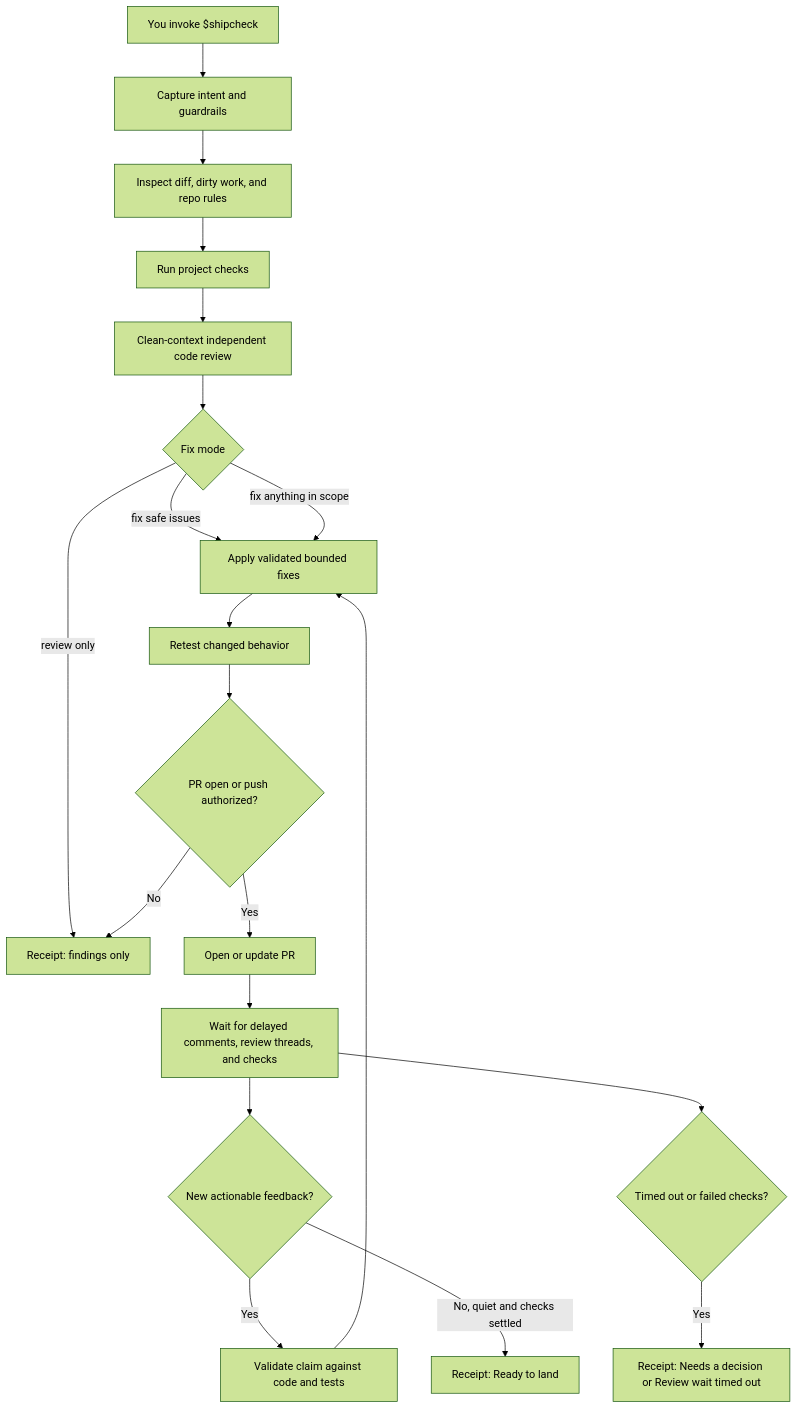
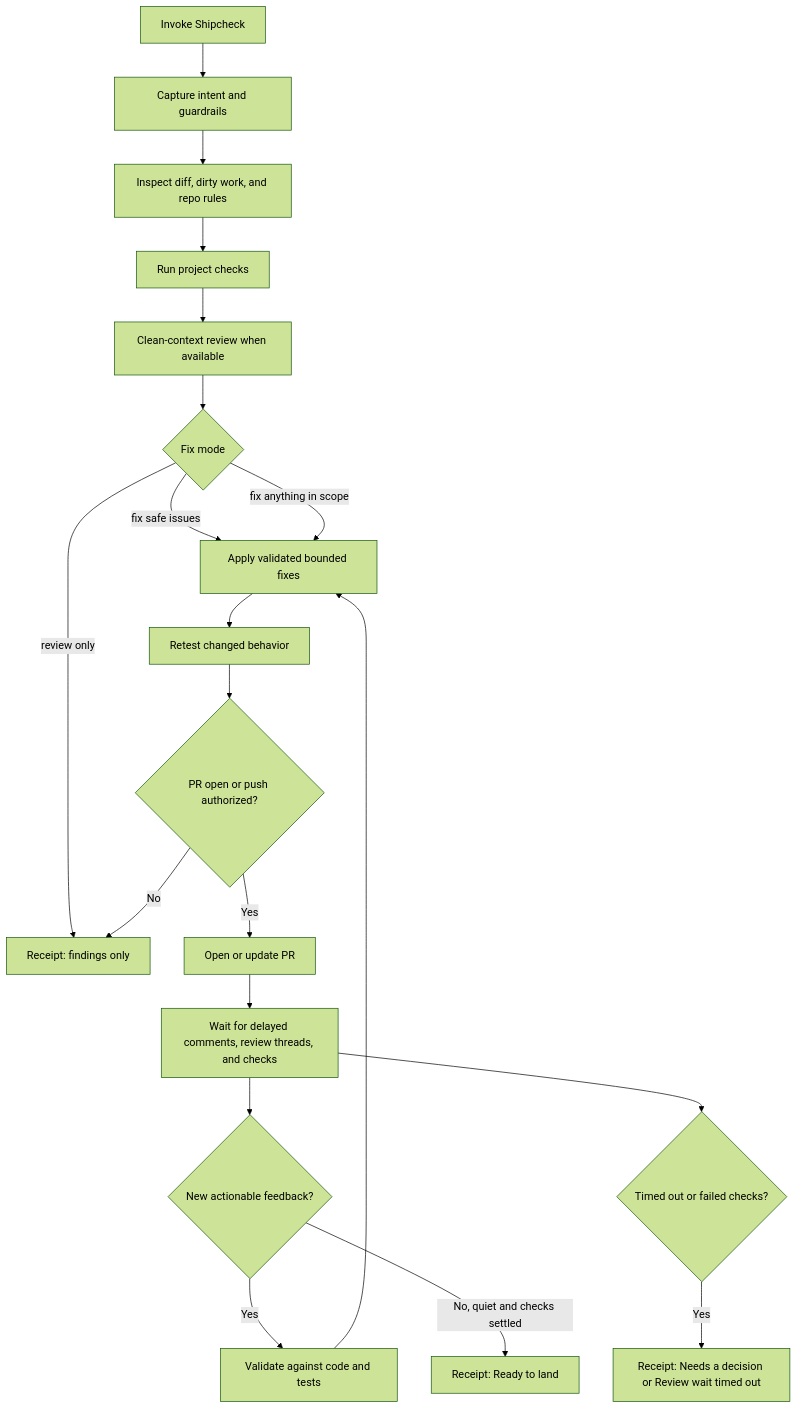
One commit to matthewrball/skills changed the first of 2 diagrams in README.md. Above: the diagram before and after it, drawn with Mermaid (forest theme). The commit also changed other lines of this file and 4 other files, not shown here.

````diff
--- a/README.md
+++ b/README.md
@@ -32,22 +63,22 @@
 ```mermaid
 flowchart TD
-    A["You invoke $shipcheck"] --> B["Capture intent and guardrails"]
+    A["Invoke Shipcheck"] --> B["Capture intent and guardrails"]
     B --> C["Inspect diff, dirty work, and repo rules"]
     C --> D["Run project checks"]
-    D --> E["Clean-context independent code review"]
+    D --> E["Clean-context review when available"]
     E --> F{"Fix mode"}
     F -- "review only" --> G["Receipt: findings only"]
     F -- "fix safe issues" --> H["Apply validated bounded fixes"]
     F -- "fix anything in scope" --> H
     H --> I["Retest changed behavior"]
     I --> J{"PR open or push authorized?"}
     J -- "No" --> G
     J -- "Yes" --> K["Open or update PR"]
     K --> L["Wait for delayed comments, review threads, and checks"]
     L --> M{"New actionable feedback?"}
-    M -- "Yes" --> N["Validate claim against code and tests"]
+    M -- "Yes" --> N["Validate against code and tests"]
     N --> H
     M -- "No, quiet and checks settled" --> O["Receipt: Ready to land"]
     L --> P{"Timed out or failed checks?"}
     P -- "Yes" --> Q["Receipt: Needs a decision or Review wait timed out"]
 ```
````
